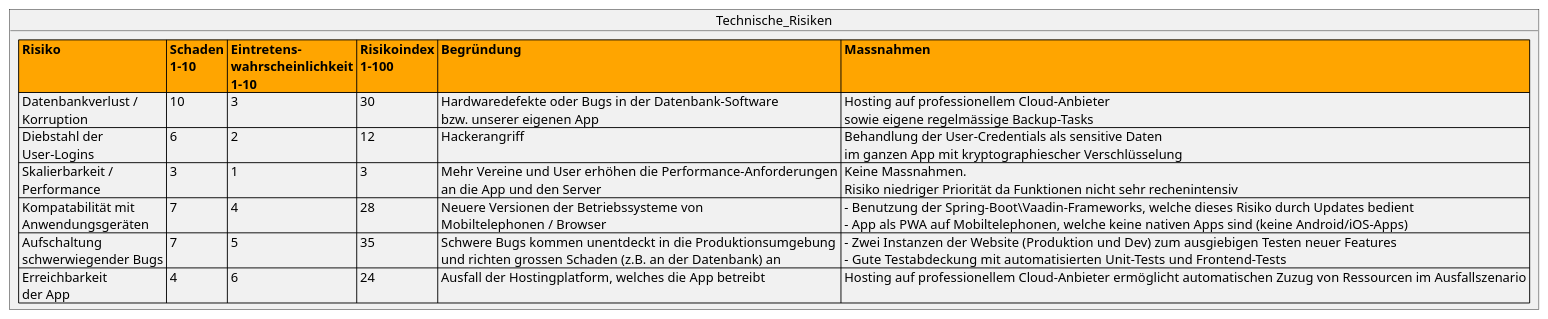
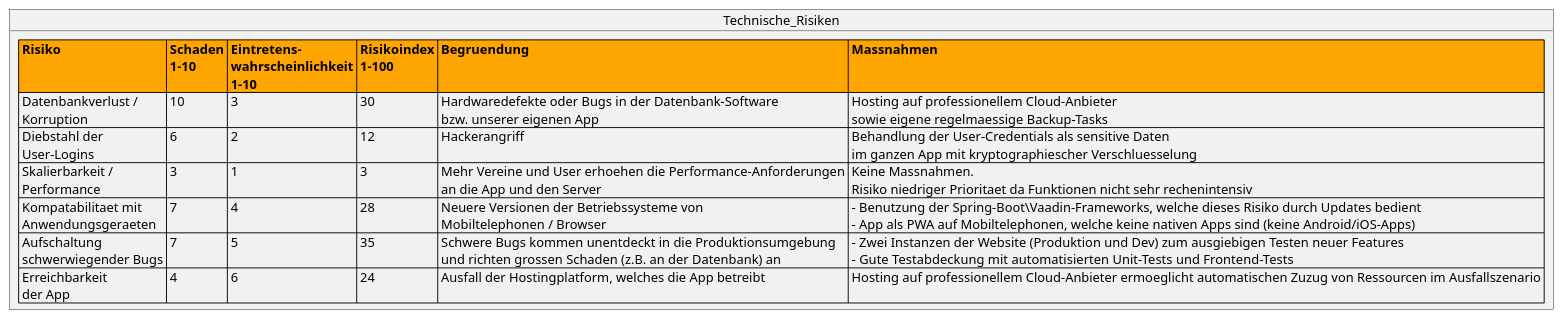
One commit to incrediblybadcoder/fortylove changed the diagram in documents/riskmanagment/TechnicalRiskAnalyse.puml. Above: the diagram before and after it, drawn with PlantUML. The commit also changed 2 other files, not shown here.

```diff
--- a/documents/riskmanagment/TechnicalRiskAnalyse.puml
+++ b/documents/riskmanagment/TechnicalRiskAnalyse.puml
@@ -1,11 +1,11 @@
 @startuml
 object Technische_Risiken {
-<#orange>|= Risiko |= <#orange> Schaden \n 1-10 |= <#orange> Eintretens-\n wahrscheinlichkeit \n 1-10 |= <#orange> Risikoindex \n 1-100 |= <#orange> Begründung  |= <#orange> Massnahmen  |
-| Datenbankverlust / \n Korruption | 10 | 3 | 30 | Hardwaredefekte oder Bugs in der Datenbank-Software \n bzw. unserer eigenen App | Hosting auf professionellem Cloud-Anbieter \n sowie eigene regelmässige Backup-Tasks |
-| Diebstahl der\n User-Logins | 6 | 2 | 12 | Hackerangriff | Behandlung der User-Credentials als sensitive Daten \n im ganzen App mit kryptographiescher Verschlüsselung |
-| Skalierbarkeit /\n Performance | 3 | 1 | 3 | Mehr Vereine und User erhöhen die Performance-Anforderungen \n an die App und den Server | Keine Massnahmen. \n Risiko niedriger Priorität da Funktionen nicht sehr rechenintensiv |
-| Kompatabilität mit\n Anwendungsgeräten | 7 | 4 | 28 | Neuere Versionen der Betriebssysteme von \n Mobiltelephonen / Browser | - Benutzung der Spring-Boot\Vaadin-Frameworks, welche dieses Risiko durch Updates bedient \n - App als PWA auf Mobiltelephonen, welche keine nativen Apps sind (keine Android/iOS-Apps) |
+<#orange>|= Risiko |= <#orange> Schaden \n 1-10 |= <#orange> Eintretens-\n wahrscheinlichkeit \n 1-10 |= <#orange> Risikoindex \n 1-100 |= <#orange> Begruendung  |= <#orange> Massnahmen  |
+| Datenbankverlust / \n Korruption | 10 | 3 | 30 | Hardwaredefekte oder Bugs in der Datenbank-Software \n bzw. unserer eigenen App | Hosting auf professionellem Cloud-Anbieter \n sowie eigene regelmaessige Backup-Tasks |
+| Diebstahl der\n User-Logins | 6 | 2 | 12 | Hackerangriff | Behandlung der User-Credentials als sensitive Daten \n im ganzen App mit kryptographiescher Verschluesselung |
+| Skalierbarkeit /\n Performance | 3 | 1 | 3 | Mehr Vereine und User erhoehen die Performance-Anforderungen \n an die App und den Server | Keine Massnahmen. \n Risiko niedriger Prioritaet da Funktionen nicht sehr rechenintensiv |
+| Kompatabilitaet mit\n Anwendungsgeraeten | 7 | 4 | 28 | Neuere Versionen der Betriebssysteme von \n Mobiltelephonen / Browser | - Benutzung der Spring-Boot\Vaadin-Frameworks, welche dieses Risiko durch Updates bedient \n - App als PWA auf Mobiltelephonen, welche keine nativen Apps sind (keine Android/iOS-Apps) |
 | Aufschaltung\n schwerwiegender Bugs | 7 | 5 | 35 | Schwere Bugs kommen unentdeckt in die Produktionsumgebung \n und richten grossen Schaden (z.B. an der Datenbank) an | - Zwei Instanzen der Website (Produktion und Dev) zum ausgiebigen Testen neuer Features \n - Gute Testabdeckung mit automatisierten Unit-Tests und Frontend-Tests |
-| Erreichbarkeit\n der App | 4 | 6 | 24 | Ausfall der Hostingplatform, welches die App betreibt | Hosting auf professionellem Cloud-Anbieter ermöglicht automatischen Zuzug von Ressourcen im Ausfallszenario |
+| Erreichbarkeit\n der App | 4 | 6 | 24 | Ausfall der Hostingplatform, welches die App betreibt | Hosting auf professionellem Cloud-Anbieter ermoeglicht automatischen Zuzug von Ressourcen im Ausfallszenario |
 }
 @enduml
```
